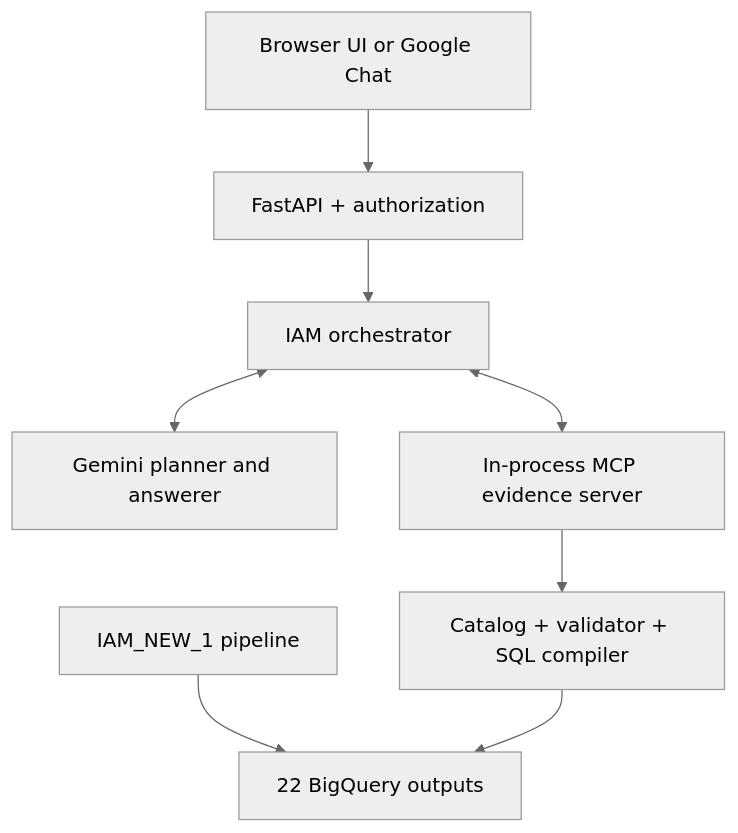
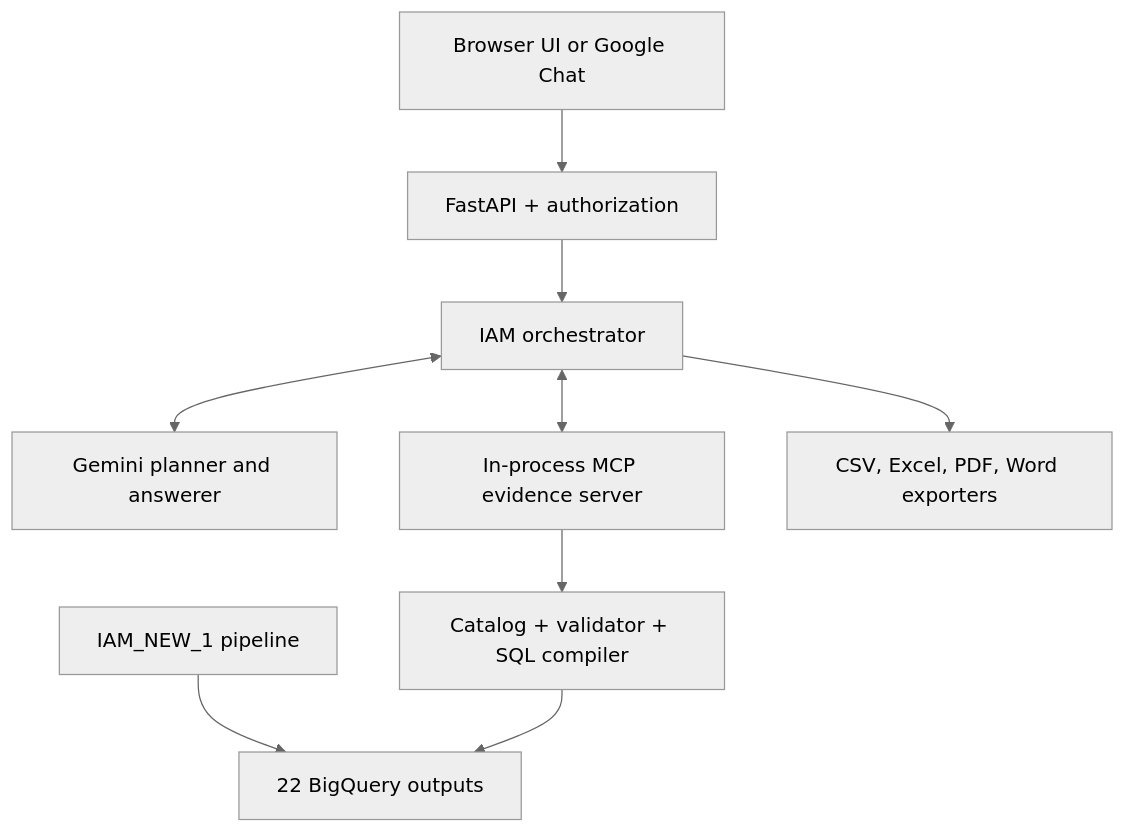
The diagram in README.md (sasidharmeka/iam-test), drawn with Mermaid (neutral theme) before and after one commit. The commit also changed other lines of this file and 19 other files, not shown here.

````diff
--- a/README.md
+++ b/README.md
@@ -33,10 +36,11 @@
 ```mermaid
 flowchart TD
     P["IAM_NEW_1 pipeline"] --> B["22 BigQuery outputs"]
     U["Browser UI or Google Chat"] --> F["FastAPI + authorization"]
     F --> O["IAM orchestrator"]
     O <--> G["Gemini planner and answerer"]
     O <--> M["In-process MCP evidence server"]
     M --> C["Catalog + validator + SQL compiler"]
     C --> B
+    O --> R["CSV, Excel, PDF, Word exporters"]
 ```
````
